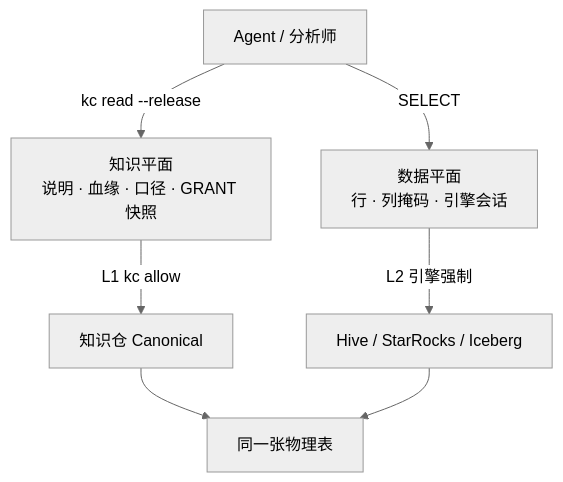
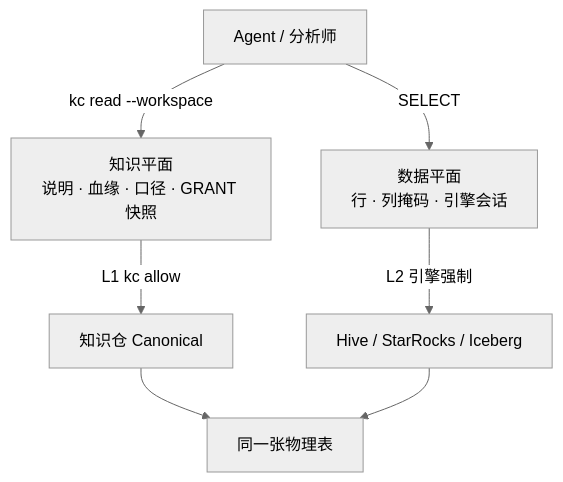
Before and after one commit to AlexKaiqi/knowledge-catalog: the first of 2 diagrams in docs/PERMISSIONS.md, drawn with Mermaid (neutral theme). The commit also changed other lines of this file and 183 other files, not shown here.

````diff
--- a/docs/PERMISSIONS.md
+++ b/docs/PERMISSIONS.md
@@ -49,11 +49,11 @@
 ```mermaid
 %% diagram:knowledge-vs-data-plane
 flowchart TB
   Agent["Agent / 分析师"]
-  Agent -->|"kc read --release"| Know["知识平面<br/>说明 · 血缘 · 口径 · GRANT 快照"]
+  Agent -->|"kc read --workspace"| Know["知识平面<br/>说明 · 血缘 · 口径 · GRANT 快照"]
   Agent -->|"SELECT"| Data["数据平面<br/>行 · 列掩码 · 引擎会话"]
   Know -->|"L1 kc allow"| Repo["知识仓 Canonical"]
   Data -->|"L2 引擎强制"| Eng["Hive / StarRocks / Iceberg"]
   Repo --> T["同一张物理表"]
   Eng --> T
 ```
````
